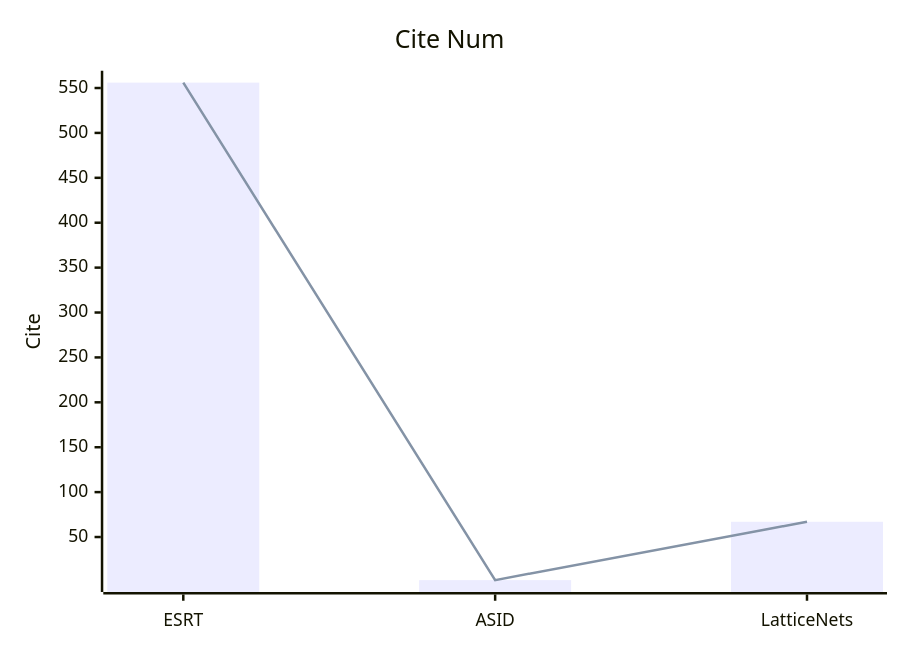
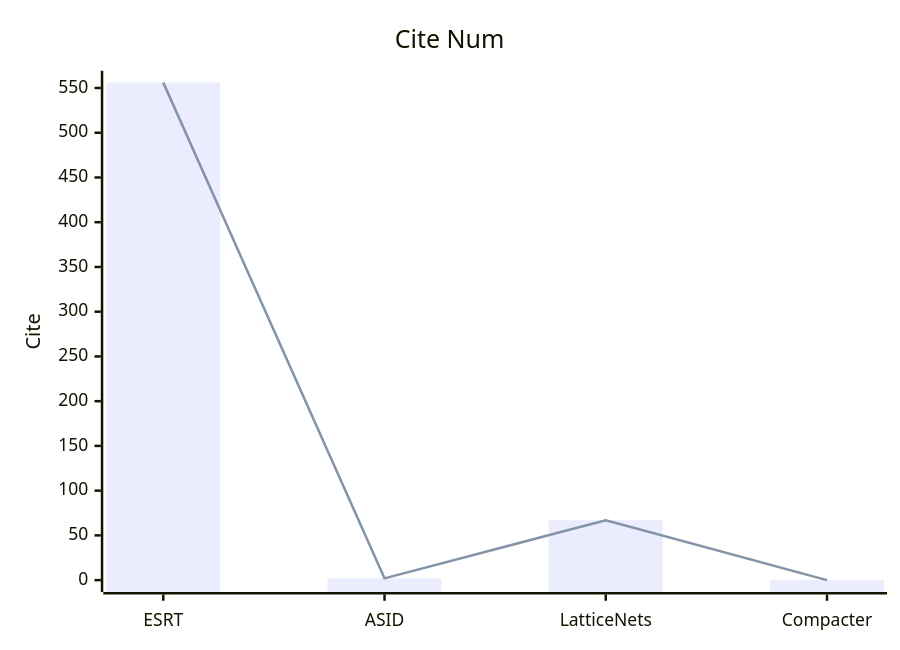
One commit to Elephant-King9/Paper changed the fourth of 4 diagrams in CV/Lightweight/analyse.md. Above: the diagram before and after it, drawn with Mermaid. The commit also changed other lines of this file and 8 other files, not shown here.

````diff
--- a/CV/Lightweight/analyse.md
+++ b/CV/Lightweight/analyse.md
@@ -86,8 +93,8 @@
 ```mermaid
     xychart-beta
     title "Cite Num"
-    x-axis [ESRT,ASID,LatticeNets]
+    x-axis [ESRT,ASID,LatticeNets,Compacter]
     y-axis "Cite" 
-    bar [556,2,67]
-    line [556,2,67]
+    bar [556,2,67,0]
+    line [556,2,67,0]
 ```
````
